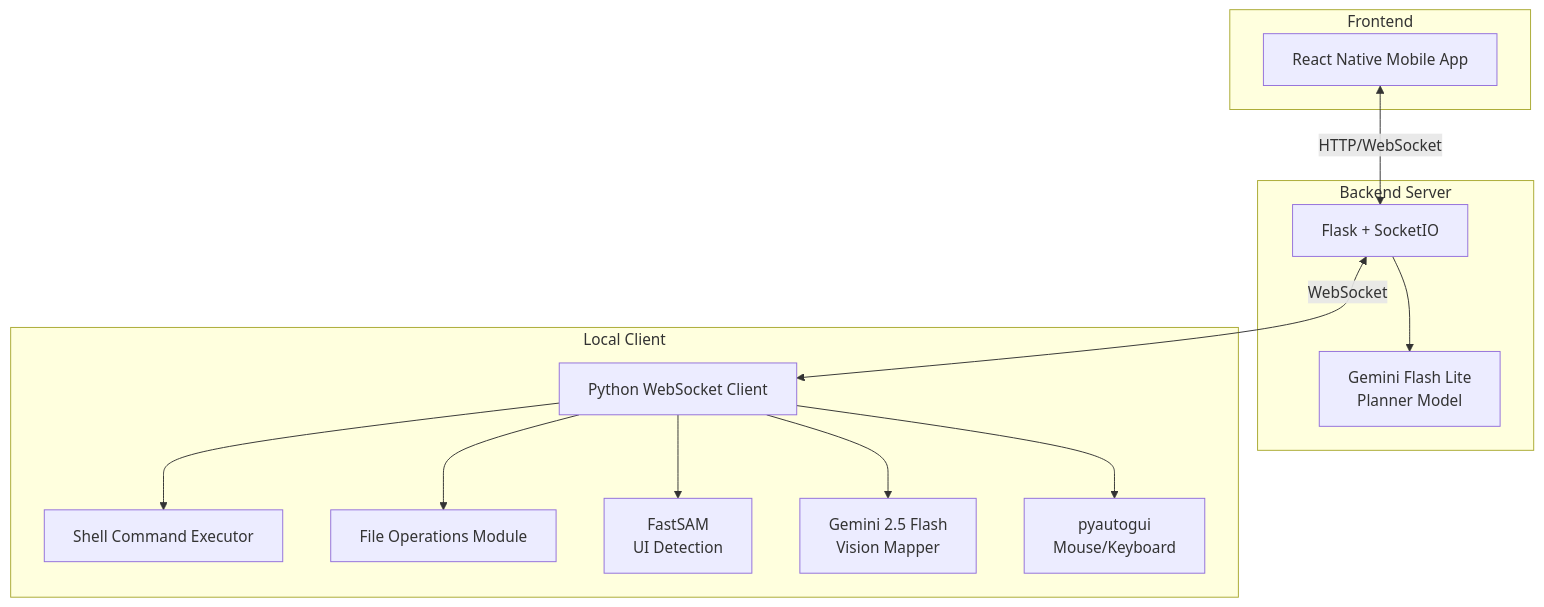
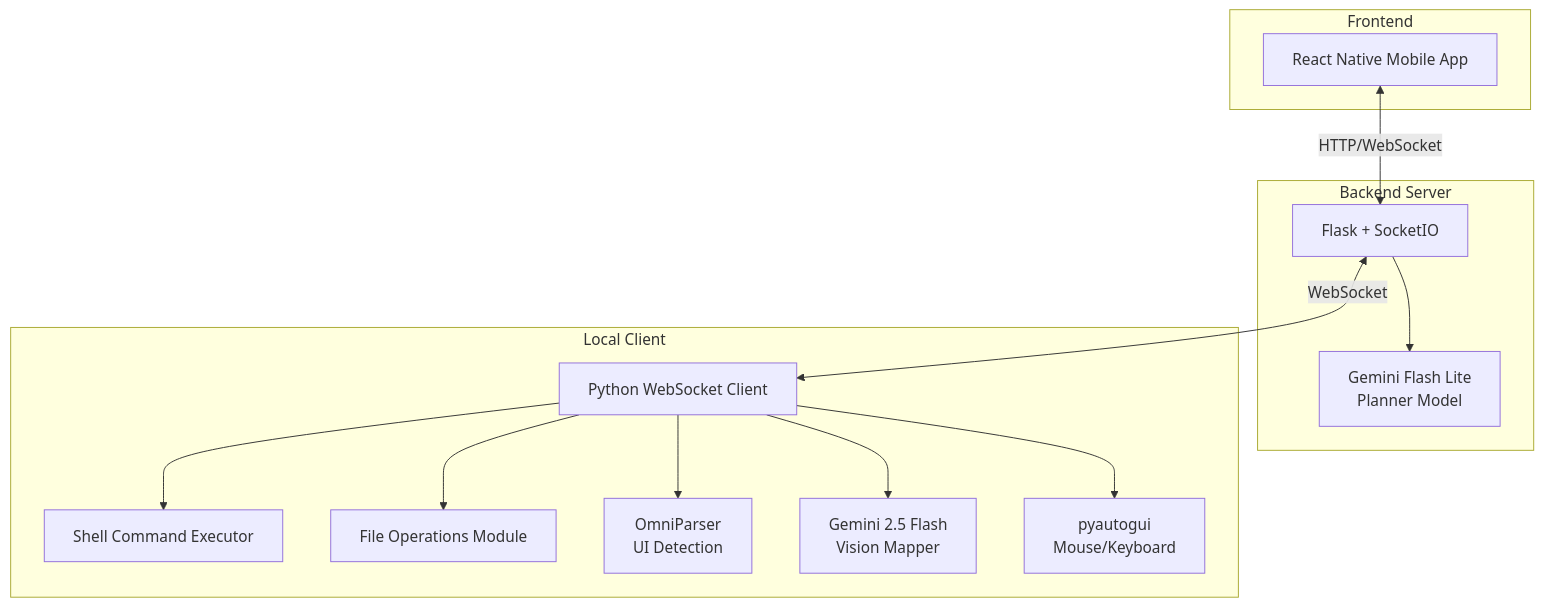
The fifth of 7 diagrams in README.md (Bada-Don/Jarvis), drawn with Mermaid before and after one commit. The commit also changed other lines of this file and 1 other file, not shown here.

Commit message:
OmniParser Updated in README

````diff
--- a/README.md
+++ b/README.md
@@ -197,29 +197,29 @@
 ```mermaid
 graph TB
     subgraph Frontend
         A[React Native Mobile App]
     end
     
     subgraph Backend Server
         B[Flask + SocketIO]
         C[Gemini Flash Lite<br/>Planner Model]
     end
     
     subgraph Local Client
         D[Python WebSocket Client]
         E[Shell Command Executor]
         F[File Operations Module]
-        G[FastSAM<br/>UI Detection]
+        G[OmniParser<br/>UI Detection]
         H[Gemini 2.5 Flash<br/>Vision Mapper]
         I[pyautogui<br/>Mouse/Keyboard]
     end
     
     A <-->|HTTP/WebSocket| B
     B --> C
     B <-->|WebSocket| D
     D --> E
     D --> F
     D --> G
     D --> H
     D --> I
 ```
````
